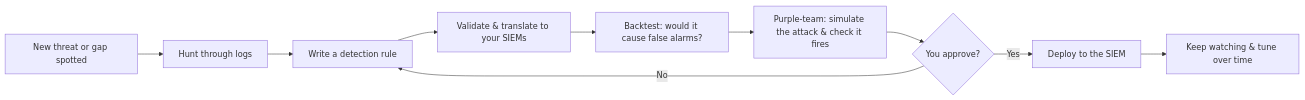
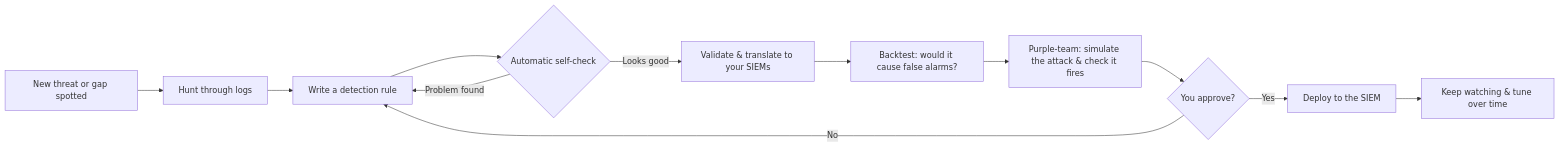
One commit to akshayjain-1/ADEPT-Agentic-Detection-Engineering-Orchestration-Pipeline-and-Tuning changed the diagram in docs/workflow_nontechnical.md. Above: the diagram before and after it, drawn with Mermaid. The commit also changed other lines of this file and 36 other files, not shown here.

````diff
--- a/docs/workflow_nontechnical.md
+++ b/docs/workflow_nontechnical.md
@@ -32,12 +33,14 @@
 ```mermaid
 flowchart LR
     A[New threat or gap spotted] --> B[Hunt through logs]
     B --> C[Write a detection rule]
-    C --> D[Validate & translate to your SIEMs]
+    C --> R{Automatic self-check}
+    R -- Problem found --> C
+    R -- Looks good --> D[Validate & translate to your SIEMs]
     D --> E[Backtest: would it cause false alarms?]
     E --> F[Purple-team: simulate the attack & check it fires]
     F --> G{You approve?}
     G -- Yes --> H[Deploy to the SIEM]
     G -- No --> C
     H --> I[Keep watching & tune over time]
 ```
````
